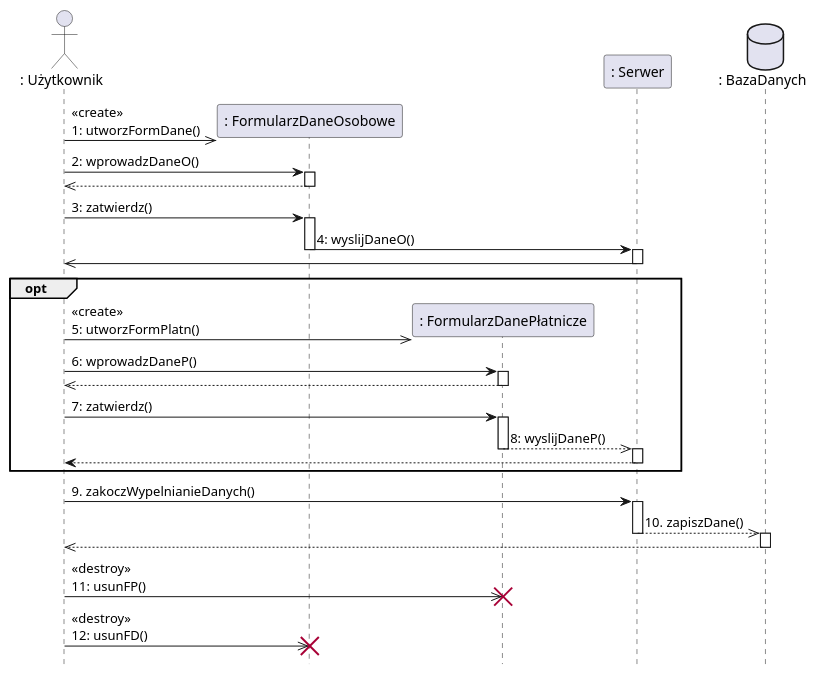
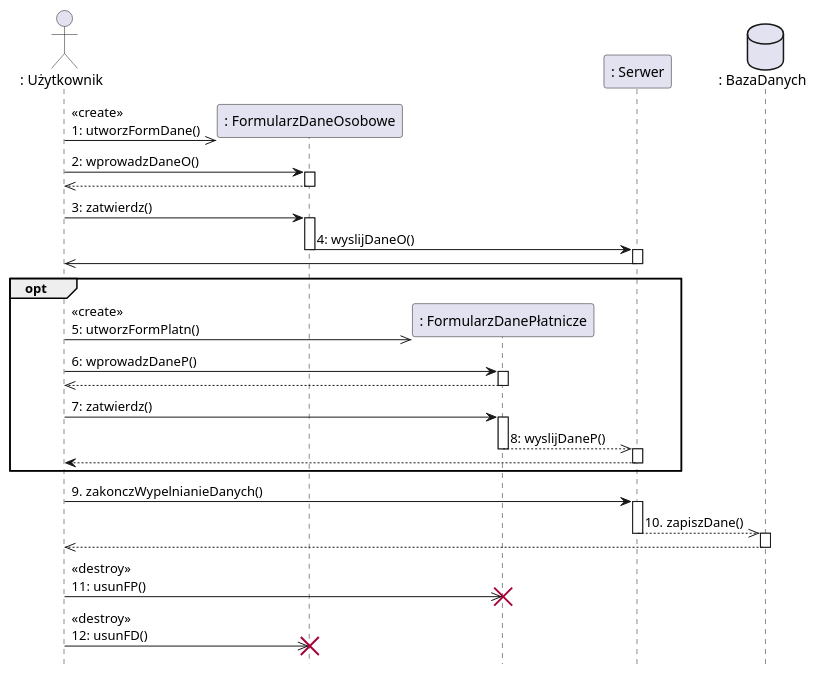
The diagram in Diagramy-przebiegu/diagram_przebiegu3_KS.plantuml (KStefanowicz04/ProjektIO), drawn with PlantUML before and after one commit. The commit also changed 5 other files, not shown here.

Commit message:
Diagram stanów 3 - konta

```diff
--- a/Diagramy-przebiegu/diagram_przebiegu3_KS.plantuml
+++ b/Diagramy-przebiegu/diagram_przebiegu3_KS.plantuml
@@ -1,55 +1,55 @@
 @startuml
   hide footbox
 
   actor ": Użytkownik" as u
   participant ": FormularzDaneOsobowe" as fd
   participant ": FormularzDanePłatnicze" as fp
   participant ": Serwer" as s
   database ": BazaDanych" as db
 
   '1 - Użytkownik wypełnia formularz o danych osobowych
   u ->> fd ** : <<create>>\n1: utworzFormDane()
 
   u -> fd : 2: wprowadzDaneO()
   activate fd
   fd -->> u
   deactivate fd
 
   u -> fd : 3: zatwierdz()
   activate fd
   fd -> s : 4: wyslijDaneO()
   deactivate fd
   activate s
   s ->> u
   deactivate s
 
   '2 - (opt) Użytkownik wypełnia dane płatnicze
   opt
     u ->> fp ** : <<create>>\n5: utworzFormPlatn()
     u -> fp : 6: wprowadzDaneP()
     activate fp
     fp -->> u
     deactivate fp
 
     u -> fp : 7: zatwierdz()
     activate fp
     fp -->> s : 8: wyslijDaneP()
     deactivate fp
     activate s
     s --> u
     deactivate s
   end
 
   '3 - Potwierdzenie utworzenia konta
-  u -> s : 9. zakoczWypelnianieDanych()
+  u -> s : 9. zakonczWypelnianieDanych()
   activate s
   s -->> db : 10. zapiszDane()
   deactivate s
   activate db
   db -->> u
   deactivate db
 
   u ->> fp !! : <<destroy>>\n11: usunFP()
   u ->> fd !! : <<destroy>>\n12: usunFD()
 
 @enduml
```
